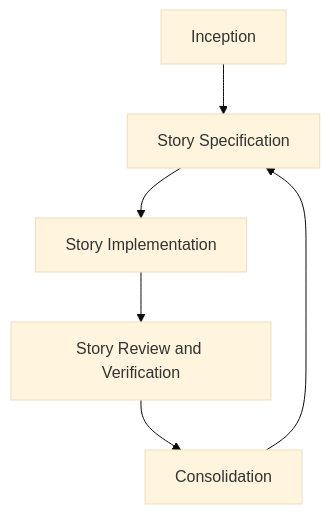
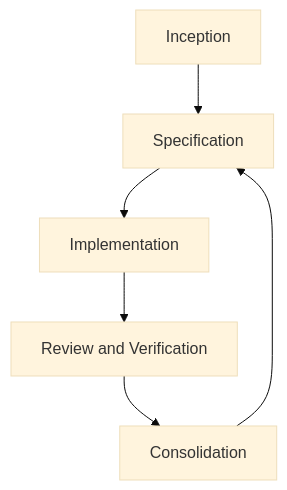
One commit to mtov/AgileSpec changed the sixth of 8 diagrams in README.md. Above: the diagram before and after it, drawn with Mermaid (base theme). The commit also changed other lines of this file, not shown here.

````diff
--- a/README.md
+++ b/README.md
@@ -229,14 +234,14 @@
 ```mermaid
 flowchart TD
     A["Inception"]
-    B["Story Specification"]
-    C["Story Implementation"]
-    D["Story Review and Verification"]
+    B["Specification"]
+    C["Implementation"]
+    D["Review and Verification"]
     E["Consolidation"]
 
     A --> B
     B --> C
     C --> D
     D --> E
     E --> B
 ```
````
